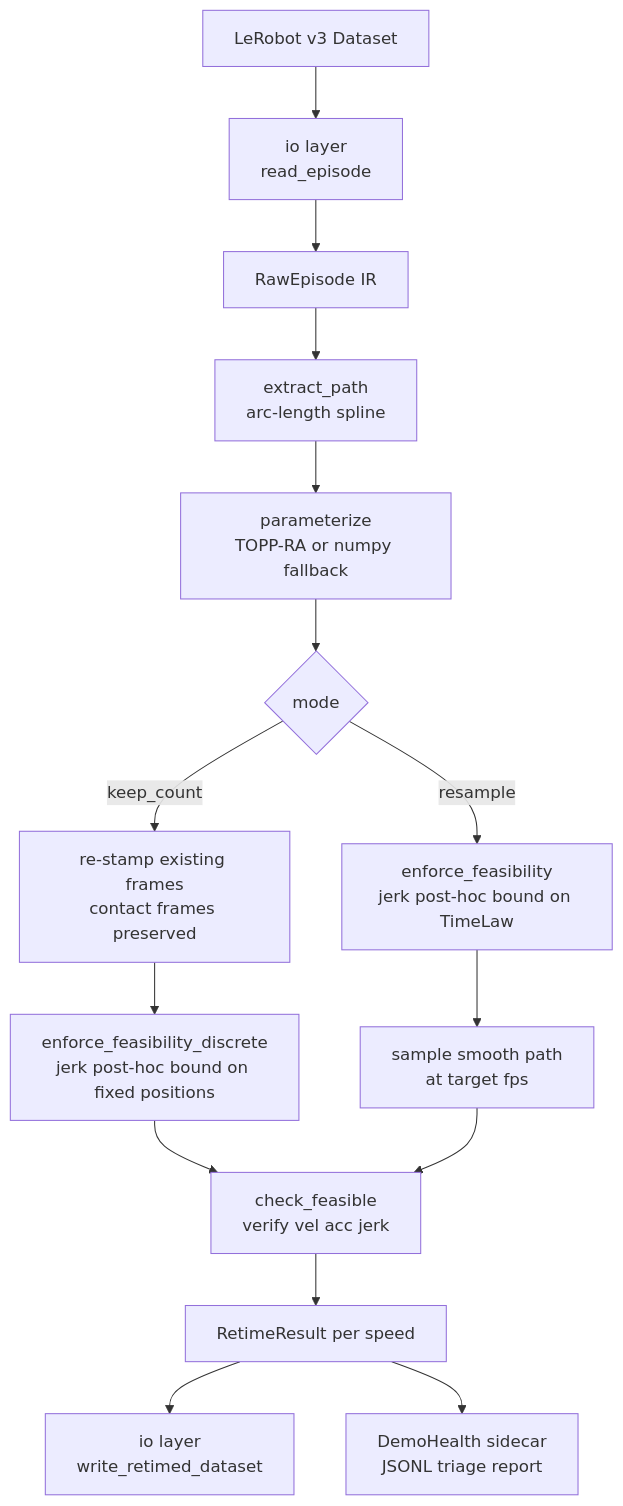
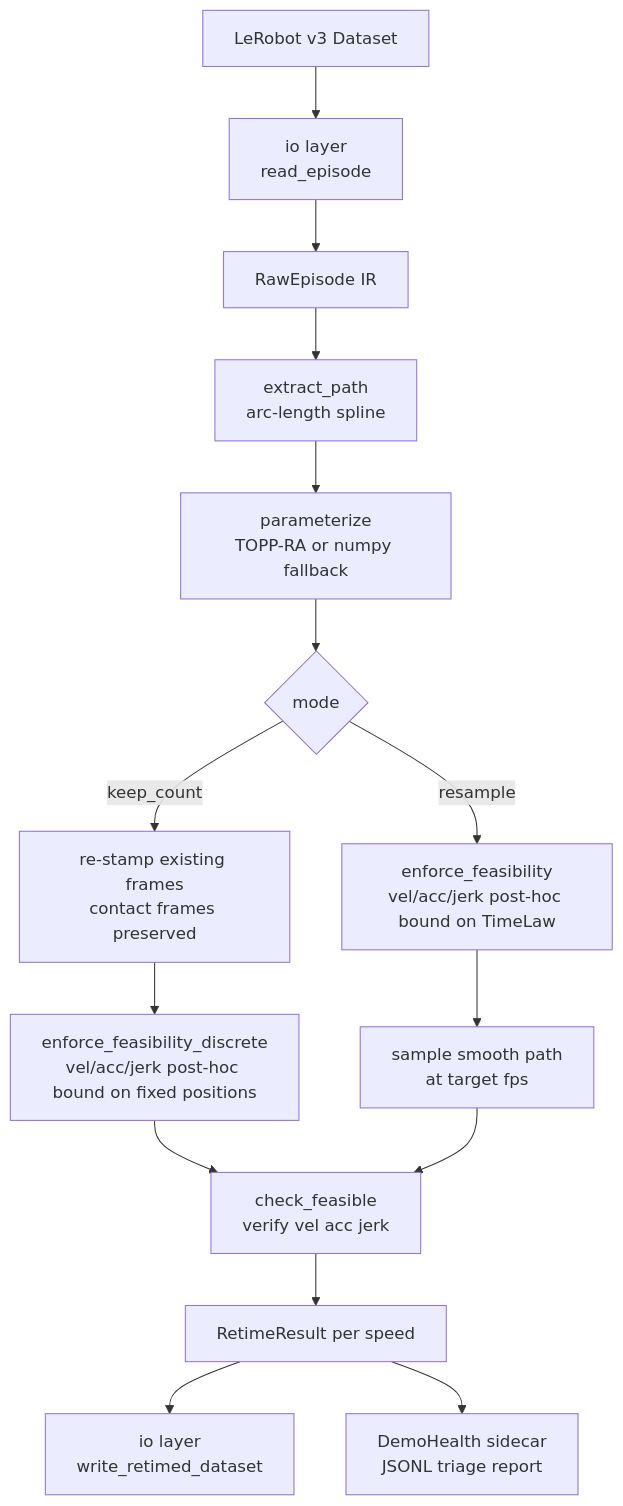
Before and after one commit to hinanohart/demoforge: the diagram in README.md, drawn with Mermaid. The commit also changed other lines of this file, not shown here.

Commit message:
docs: QA fix (rendering/content)

````diff
--- a/README.md
+++ b/README.md
@@ -15,17 +15,17 @@
 ```mermaid
 flowchart TD
     A[LeRobot v3 Dataset] --> B[io layer<br>read_episode]
     B --> C[RawEpisode IR]
     C --> D[extract_path<br>arc-length spline]
     D --> E[parameterize<br>TOPP-RA or numpy fallback]
     E --> F{mode}
     F -->|keep_count| G[re-stamp existing frames<br>contact frames preserved]
-    F -->|resample| H[enforce_feasibility<br>jerk post-hoc bound on TimeLaw]
-    G --> I[enforce_feasibility_discrete<br>jerk post-hoc bound on fixed positions]
+    F -->|resample| H[enforce_feasibility<br>vel/acc/jerk post-hoc bound on TimeLaw]
+    G --> I[enforce_feasibility_discrete<br>vel/acc/jerk post-hoc bound on fixed positions]
     H --> N[sample smooth path<br>at target fps]
     I --> J[check_feasible<br>verify vel acc jerk]
     N --> J
     J --> K[RetimeResult per speed]
     K --> L[io layer<br>write_retimed_dataset]
     K --> M[DemoHealth sidecar<br>JSONL triage report]
 ```
````
